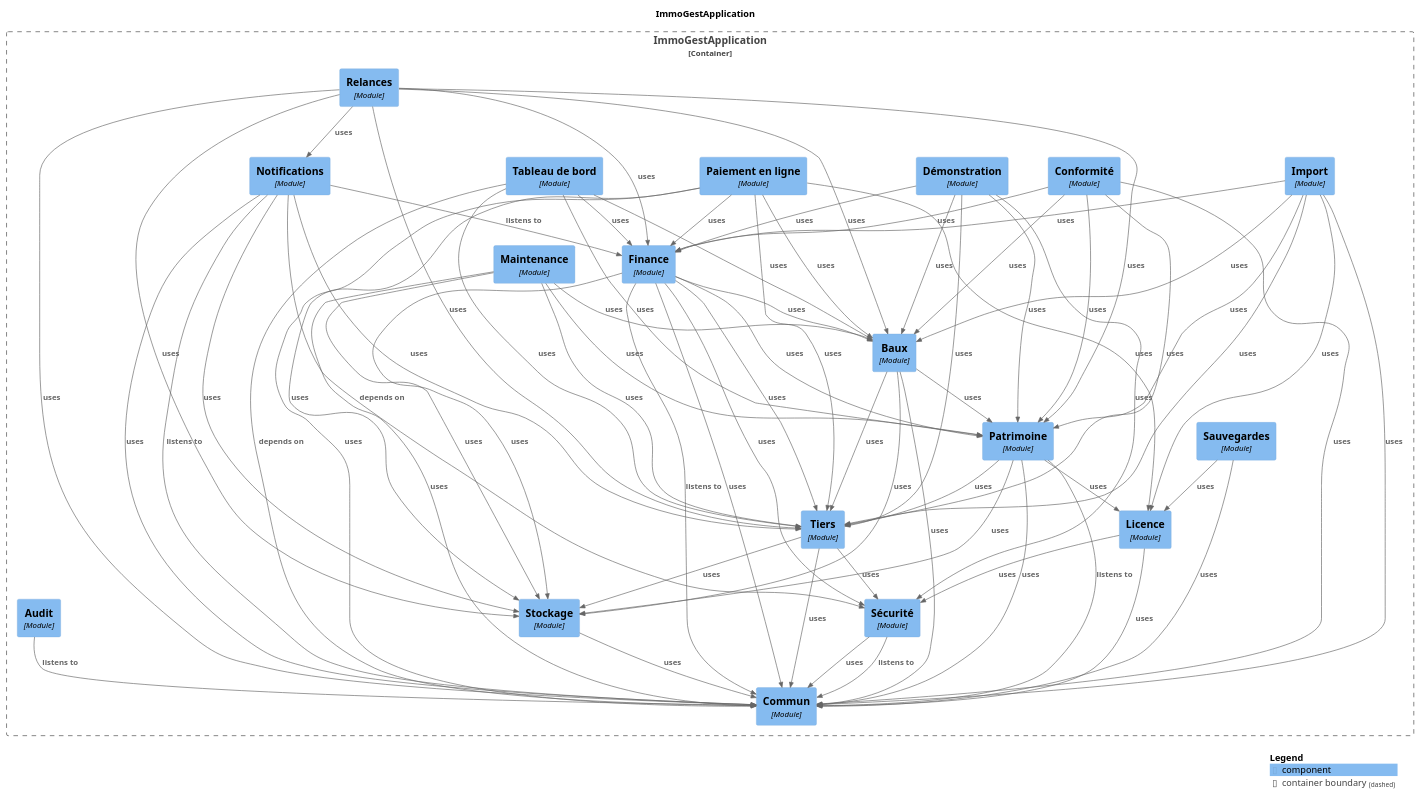
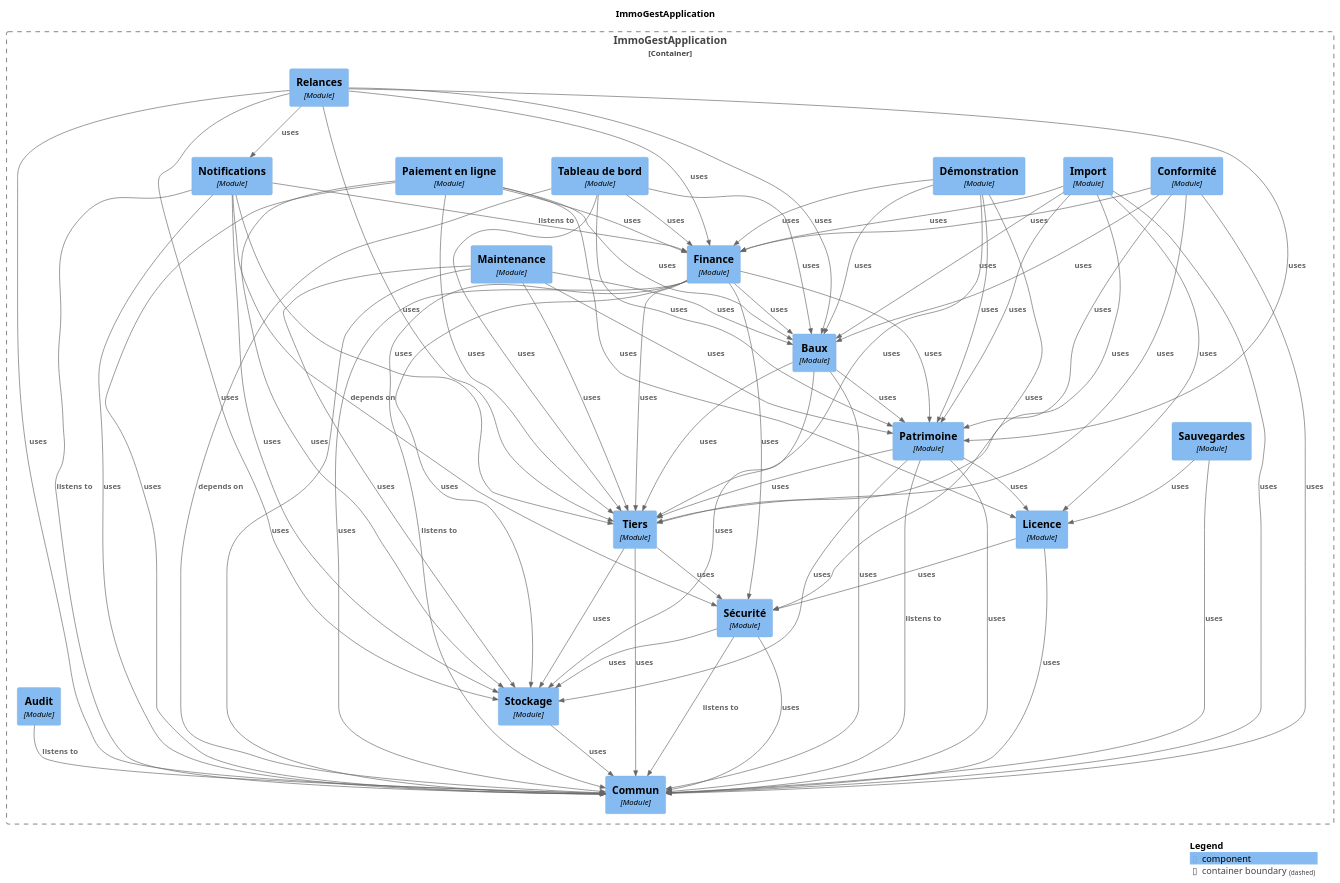
One commit to fixedevelloper/csimmo changed the diagram in docs/modules/components.puml. Above: the diagram before and after it, drawn with PlantUML. The commit also changed 91 other files, not shown here.

```diff
--- a/docs/modules/components.puml
+++ b/docs/modules/components.puml
@@ -22,23 +22,78 @@
   Component(ImmoGestApplication.ImmoGestApplication.Relances, "Relances", $techn="Module", $descr="", $tags="", $link="")
   Component(ImmoGestApplication.ImmoGestApplication.Commun, "Commun", $techn="Module", $descr="", $tags="", $link="")
   Component(ImmoGestApplication.ImmoGestApplication.Audit, "Audit", $techn="Module", $descr="", $tags="", $link="")
+  Component(ImmoGestApplication.ImmoGestApplication.Stockage, "Stockage", $techn="Module", $descr="", $tags="", $link="")
   Component(ImmoGestApplication.ImmoGestApplication.Sécurité, "Sécurité", $techn="Module", $descr="", $tags="", $link="")
-  Component(ImmoGestApplication.ImmoGestApplication.Stockage, "Stockage", $techn="Module", $descr="", $tags="", $link="")
   Component(ImmoGestApplication.ImmoGestApplication.Licence, "Licence", $techn="Module", $descr="", $tags="", $link="")
   Component(ImmoGestApplication.ImmoGestApplication.Tiers, "Tiers", $techn="Module", $descr="", $tags="", $link="")
   Component(ImmoGestApplication.ImmoGestApplication.Patrimoine, "Patrimoine", $techn="Module", $descr="", $tags="", $link="")
 }
 
+Rel(ImmoGestApplication.ImmoGestApplication.Sécurité, ImmoGestApplication.ImmoGestApplication.Commun, "uses", $techn="", $tags="", $link="")
+Rel(ImmoGestApplication.ImmoGestApplication.Sécurité, ImmoGestApplication.ImmoGestApplication.Stockage, "uses", $techn="", $tags="", $link="")
+Rel(ImmoGestApplication.ImmoGestApplication.Audit, ImmoGestApplication.ImmoGestApplication.Commun, "listens to", $techn="", $tags="", $link="")
+Rel(ImmoGestApplication.ImmoGestApplication.Tableaudebord, ImmoGestApplication.ImmoGestApplication.Commun, "depends on", $techn="", $tags="", $link="")
+Rel(ImmoGestApplication.ImmoGestApplication.Tableaudebord, ImmoGestApplication.ImmoGestApplication.Patrimoine, "uses", $techn="", $tags="", $link="")
+Rel(ImmoGestApplication.ImmoGestApplication.Tableaudebord, ImmoGestApplication.ImmoGestApplication.Baux, "uses", $techn="", $tags="", $link="")
+Rel(ImmoGestApplication.ImmoGestApplication.Tableaudebord, ImmoGestApplication.ImmoGestApplication.Tiers, "uses", $techn="", $tags="", $link="")
+Rel(ImmoGestApplication.ImmoGestApplication.Tableaudebord, ImmoGestApplication.ImmoGestApplication.Finance, "uses", $techn="", $tags="", $link="")
+Rel(ImmoGestApplication.ImmoGestApplication.Baux, ImmoGestApplication.ImmoGestApplication.Patrimoine, "uses", $techn="", $tags="", $link="")
+Rel(ImmoGestApplication.ImmoGestApplication.Baux, ImmoGestApplication.ImmoGestApplication.Tiers, "uses", $techn="", $tags="", $link="")
+Rel(ImmoGestApplication.ImmoGestApplication.Baux, ImmoGestApplication.ImmoGestApplication.Stockage, "uses", $techn="", $tags="", $link="")
+Rel(ImmoGestApplication.ImmoGestApplication.Baux, ImmoGestApplication.ImmoGestApplication.Commun, "uses", $techn="", $tags="", $link="")
+Rel(ImmoGestApplication.ImmoGestApplication.Paiementenligne, ImmoGestApplication.ImmoGestApplication.Finance, "uses", $techn="", $tags="", $link="")
+Rel(ImmoGestApplication.ImmoGestApplication.Paiementenligne, ImmoGestApplication.ImmoGestApplication.Baux, "uses", $techn="", $tags="", $link="")
+Rel(ImmoGestApplication.ImmoGestApplication.Paiementenligne, ImmoGestApplication.ImmoGestApplication.Tiers, "uses", $techn="", $tags="", $link="")
+Rel(ImmoGestApplication.ImmoGestApplication.Paiementenligne, ImmoGestApplication.ImmoGestApplication.Licence, "uses", $techn="", $tags="", $link="")
+Rel(ImmoGestApplication.ImmoGestApplication.Paiementenligne, ImmoGestApplication.ImmoGestApplication.Stockage, "uses", $techn="", $tags="", $link="")
+Rel(ImmoGestApplication.ImmoGestApplication.Paiementenligne, ImmoGestApplication.ImmoGestApplication.Commun, "uses", $techn="", $tags="", $link="")
+Rel(ImmoGestApplication.ImmoGestApplication.Stockage, ImmoGestApplication.ImmoGestApplication.Commun, "uses", $techn="", $tags="", $link="")
+Rel(ImmoGestApplication.ImmoGestApplication.Licence, ImmoGestApplication.ImmoGestApplication.Sécurité, "uses", $techn="", $tags="", $link="")
+Rel(ImmoGestApplication.ImmoGestApplication.Licence, ImmoGestApplication.ImmoGestApplication.Commun, "uses", $techn="", $tags="", $link="")
 Rel(ImmoGestApplication.ImmoGestApplication.Démonstration, ImmoGestApplication.ImmoGestApplication.Patrimoine, "uses", $techn="", $tags="", $link="")
 Rel(ImmoGestApplication.ImmoGestApplication.Démonstration, ImmoGestApplication.ImmoGestApplication.Tiers, "uses", $techn="", $tags="", $link="")
 Rel(ImmoGestApplication.ImmoGestApplication.Démonstration, ImmoGestApplication.ImmoGestApplication.Baux, "uses", $techn="", $tags="", $link="")
 Rel(ImmoGestApplication.ImmoGestApplication.Démonstration, ImmoGestApplication.ImmoGestApplication.Finance, "uses", $techn="", $tags="", $link="")
 Rel(ImmoGestApplication.ImmoGestApplication.Démonstration, ImmoGestApplication.ImmoGestApplication.Sécurité, "uses", $techn="", $tags="", $link="")
+Rel(ImmoGestApplication.ImmoGestApplication.Sauvegardes, ImmoGestApplication.ImmoGestApplication.Licence, "uses", $techn="", $tags="", $link="")
+Rel(ImmoGestApplication.ImmoGestApplication.Sauvegardes, ImmoGestApplication.ImmoGestApplication.Commun, "uses", $techn="", $tags="", $link="")
+Rel(ImmoGestApplication.ImmoGestApplication.Tiers, ImmoGestApplication.ImmoGestApplication.Stockage, "uses", $techn="", $tags="", $link="")
+Rel(ImmoGestApplication.ImmoGestApplication.Tiers, ImmoGestApplication.ImmoGestApplication.Commun, "uses", $techn="", $tags="", $link="")
+Rel(ImmoGestApplication.ImmoGestApplication.Tiers, ImmoGestApplication.ImmoGestApplication.Sécurité, "uses", $techn="", $tags="", $link="")
 Rel(ImmoGestApplication.ImmoGestApplication.Maintenance, ImmoGestApplication.ImmoGestApplication.Baux, "uses", $techn="", $tags="", $link="")
 Rel(ImmoGestApplication.ImmoGestApplication.Maintenance, ImmoGestApplication.ImmoGestApplication.Patrimoine, "uses", $techn="", $tags="", $link="")
 Rel(ImmoGestApplication.ImmoGestApplication.Maintenance, ImmoGestApplication.ImmoGestApplication.Tiers, "uses", $techn="", $tags="", $link="")
 Rel(ImmoGestApplication.ImmoGestApplication.Maintenance, ImmoGestApplication.ImmoGestApplication.Stockage, "uses", $techn="", $tags="", $link="")
 Rel(ImmoGestApplication.ImmoGestApplication.Maintenance, ImmoGestApplication.ImmoGestApplication.Commun, "uses", $techn="", $tags="", $link="")
+Rel(ImmoGestApplication.ImmoGestApplication.Notifications, ImmoGestApplication.ImmoGestApplication.Commun, "listens to", $techn="", $tags="", $link="")
+Rel(ImmoGestApplication.ImmoGestApplication.Notifications, ImmoGestApplication.ImmoGestApplication.Finance, "listens to", $techn="", $tags="", $link="")
+Rel(ImmoGestApplication.ImmoGestApplication.Notifications, ImmoGestApplication.ImmoGestApplication.Sécurité, "depends on", $techn="", $tags="", $link="")
+Rel(ImmoGestApplication.ImmoGestApplication.Notifications, ImmoGestApplication.ImmoGestApplication.Stockage, "uses", $techn="", $tags="", $link="")
+Rel(ImmoGestApplication.ImmoGestApplication.Notifications, ImmoGestApplication.ImmoGestApplication.Tiers, "uses", $techn="", $tags="", $link="")
+Rel(ImmoGestApplication.ImmoGestApplication.Notifications, ImmoGestApplication.ImmoGestApplication.Commun, "uses", $techn="", $tags="", $link="")
+Rel(ImmoGestApplication.ImmoGestApplication.Import, ImmoGestApplication.ImmoGestApplication.Patrimoine, "uses", $techn="", $tags="", $link="")
+Rel(ImmoGestApplication.ImmoGestApplication.Import, ImmoGestApplication.ImmoGestApplication.Tiers, "uses", $techn="", $tags="", $link="")
+Rel(ImmoGestApplication.ImmoGestApplication.Import, ImmoGestApplication.ImmoGestApplication.Baux, "uses", $techn="", $tags="", $link="")
+Rel(ImmoGestApplication.ImmoGestApplication.Import, ImmoGestApplication.ImmoGestApplication.Finance, "uses", $techn="", $tags="", $link="")
+Rel(ImmoGestApplication.ImmoGestApplication.Import, ImmoGestApplication.ImmoGestApplication.Licence, "uses", $techn="", $tags="", $link="")
+Rel(ImmoGestApplication.ImmoGestApplication.Import, ImmoGestApplication.ImmoGestApplication.Commun, "uses", $techn="", $tags="", $link="")
+Rel(ImmoGestApplication.ImmoGestApplication.Patrimoine, ImmoGestApplication.ImmoGestApplication.Commun, "listens to", $techn="", $tags="", $link="")
+Rel(ImmoGestApplication.ImmoGestApplication.Patrimoine, ImmoGestApplication.ImmoGestApplication.Licence, "uses", $techn="", $tags="", $link="")
+Rel(ImmoGestApplication.ImmoGestApplication.Patrimoine, ImmoGestApplication.ImmoGestApplication.Stockage, "uses", $techn="", $tags="", $link="")
+Rel(ImmoGestApplication.ImmoGestApplication.Patrimoine, ImmoGestApplication.ImmoGestApplication.Commun, "uses", $techn="", $tags="", $link="")
+Rel(ImmoGestApplication.ImmoGestApplication.Patrimoine, ImmoGestApplication.ImmoGestApplication.Tiers, "uses", $techn="", $tags="", $link="")
+Rel(ImmoGestApplication.ImmoGestApplication.Finance, ImmoGestApplication.ImmoGestApplication.Commun, "listens to", $techn="", $tags="", $link="")
+Rel(ImmoGestApplication.ImmoGestApplication.Finance, ImmoGestApplication.ImmoGestApplication.Patrimoine, "uses", $techn="", $tags="", $link="")
+Rel(ImmoGestApplication.ImmoGestApplication.Finance, ImmoGestApplication.ImmoGestApplication.Commun, "uses", $techn="", $tags="", $link="")
+Rel(ImmoGestApplication.ImmoGestApplication.Finance, ImmoGestApplication.ImmoGestApplication.Baux, "uses", $techn="", $tags="", $link="")
+Rel(ImmoGestApplication.ImmoGestApplication.Finance, ImmoGestApplication.ImmoGestApplication.Tiers, "uses", $techn="", $tags="", $link="")
+Rel(ImmoGestApplication.ImmoGestApplication.Finance, ImmoGestApplication.ImmoGestApplication.Stockage, "uses", $techn="", $tags="", $link="")
+Rel(ImmoGestApplication.ImmoGestApplication.Finance, ImmoGestApplication.ImmoGestApplication.Sécurité, "uses", $techn="", $tags="", $link="")
+Rel(ImmoGestApplication.ImmoGestApplication.Conformité, ImmoGestApplication.ImmoGestApplication.Tiers, "uses", $techn="", $tags="", $link="")
+Rel(ImmoGestApplication.ImmoGestApplication.Conformité, ImmoGestApplication.ImmoGestApplication.Baux, "uses", $techn="", $tags="", $link="")
+Rel(ImmoGestApplication.ImmoGestApplication.Conformité, ImmoGestApplication.ImmoGestApplication.Finance, "uses", $techn="", $tags="", $link="")
+Rel(ImmoGestApplication.ImmoGestApplication.Conformité, ImmoGestApplication.ImmoGestApplication.Patrimoine, "uses", $techn="", $tags="", $link="")
+Rel(ImmoGestApplication.ImmoGestApplication.Conformité, ImmoGestApplication.ImmoGestApplication.Commun, "uses", $techn="", $tags="", $link="")
 Rel(ImmoGestApplication.ImmoGestApplication.Relances, ImmoGestApplication.ImmoGestApplication.Finance, "uses", $techn="", $tags="", $link="")
 Rel(ImmoGestApplication.ImmoGestApplication.Relances, ImmoGestApplication.ImmoGestApplication.Baux, "uses", $techn="", $tags="", $link="")
 Rel(ImmoGestApplication.ImmoGestApplication.Relances, ImmoGestApplication.ImmoGestApplication.Patrimoine, "uses", $techn="", $tags="", $link="")
@@ -46,61 +101,7 @@
 Rel(ImmoGestApplication.ImmoGestApplication.Relances, ImmoGestApplication.ImmoGestApplication.Notifications, "uses", $techn="", $tags="", $link="")
 Rel(ImmoGestApplication.ImmoGestApplication.Relances, ImmoGestApplication.ImmoGestApplication.Stockage, "uses", $techn="", $tags="", $link="")
 Rel(ImmoGestApplication.ImmoGestApplication.Relances, ImmoGestApplication.ImmoGestApplication.Commun, "uses", $techn="", $tags="", $link="")
-Rel(ImmoGestApplication.ImmoGestApplication.Baux, ImmoGestApplication.ImmoGestApplication.Patrimoine, "uses", $techn="", $tags="", $link="")
-Rel(ImmoGestApplication.ImmoGestApplication.Baux, ImmoGestApplication.ImmoGestApplication.Tiers, "uses", $techn="", $tags="", $link="")
-Rel(ImmoGestApplication.ImmoGestApplication.Baux, ImmoGestApplication.ImmoGestApplication.Stockage, "uses", $techn="", $tags="", $link="")
-Rel(ImmoGestApplication.ImmoGestApplication.Baux, ImmoGestApplication.ImmoGestApplication.Commun, "uses", $techn="", $tags="", $link="")
-Rel(ImmoGestApplication.ImmoGestApplication.Stockage, ImmoGestApplication.ImmoGestApplication.Commun, "uses", $techn="", $tags="", $link="")
-Rel(ImmoGestApplication.ImmoGestApplication.Conformité, ImmoGestApplication.ImmoGestApplication.Tiers, "uses", $techn="", $tags="", $link="")
-Rel(ImmoGestApplication.ImmoGestApplication.Conformité, ImmoGestApplication.ImmoGestApplication.Baux, "uses", $techn="", $tags="", $link="")
-Rel(ImmoGestApplication.ImmoGestApplication.Conformité, ImmoGestApplication.ImmoGestApplication.Finance, "uses", $techn="", $tags="", $link="")
-Rel(ImmoGestApplication.ImmoGestApplication.Conformité, ImmoGestApplication.ImmoGestApplication.Patrimoine, "uses", $techn="", $tags="", $link="")
-Rel(ImmoGestApplication.ImmoGestApplication.Conformité, ImmoGestApplication.ImmoGestApplication.Commun, "uses", $techn="", $tags="", $link="")
-Rel(ImmoGestApplication.ImmoGestApplication.Tableaudebord, ImmoGestApplication.ImmoGestApplication.Commun, "depends on", $techn="", $tags="", $link="")
-Rel(ImmoGestApplication.ImmoGestApplication.Tableaudebord, ImmoGestApplication.ImmoGestApplication.Patrimoine, "uses", $techn="", $tags="", $link="")
-Rel(ImmoGestApplication.ImmoGestApplication.Tableaudebord, ImmoGestApplication.ImmoGestApplication.Baux, "uses", $techn="", $tags="", $link="")
-Rel(ImmoGestApplication.ImmoGestApplication.Tableaudebord, ImmoGestApplication.ImmoGestApplication.Tiers, "uses", $techn="", $tags="", $link="")
-Rel(ImmoGestApplication.ImmoGestApplication.Tableaudebord, ImmoGestApplication.ImmoGestApplication.Finance, "uses", $techn="", $tags="", $link="")
-Rel(ImmoGestApplication.ImmoGestApplication.Licence, ImmoGestApplication.ImmoGestApplication.Sécurité, "uses", $techn="", $tags="", $link="")
-Rel(ImmoGestApplication.ImmoGestApplication.Licence, ImmoGestApplication.ImmoGestApplication.Commun, "uses", $techn="", $tags="", $link="")
-Rel(ImmoGestApplication.ImmoGestApplication.Patrimoine, ImmoGestApplication.ImmoGestApplication.Commun, "listens to", $techn="", $tags="", $link="")
-Rel(ImmoGestApplication.ImmoGestApplication.Patrimoine, ImmoGestApplication.ImmoGestApplication.Licence, "uses", $techn="", $tags="", $link="")
-Rel(ImmoGestApplication.ImmoGestApplication.Patrimoine, ImmoGestApplication.ImmoGestApplication.Stockage, "uses", $techn="", $tags="", $link="")
-Rel(ImmoGestApplication.ImmoGestApplication.Patrimoine, ImmoGestApplication.ImmoGestApplication.Commun, "uses", $techn="", $tags="", $link="")
-Rel(ImmoGestApplication.ImmoGestApplication.Patrimoine, ImmoGestApplication.ImmoGestApplication.Tiers, "uses", $techn="", $tags="", $link="")
-Rel(ImmoGestApplication.ImmoGestApplication.Import, ImmoGestApplication.ImmoGestApplication.Patrimoine, "uses", $techn="", $tags="", $link="")
-Rel(ImmoGestApplication.ImmoGestApplication.Import, ImmoGestApplication.ImmoGestApplication.Tiers, "uses", $techn="", $tags="", $link="")
-Rel(ImmoGestApplication.ImmoGestApplication.Import, ImmoGestApplication.ImmoGestApplication.Baux, "uses", $techn="", $tags="", $link="")
-Rel(ImmoGestApplication.ImmoGestApplication.Import, ImmoGestApplication.ImmoGestApplication.Finance, "uses", $techn="", $tags="", $link="")
-Rel(ImmoGestApplication.ImmoGestApplication.Import, ImmoGestApplication.ImmoGestApplication.Licence, "uses", $techn="", $tags="", $link="")
-Rel(ImmoGestApplication.ImmoGestApplication.Import, ImmoGestApplication.ImmoGestApplication.Commun, "uses", $techn="", $tags="", $link="")
-Rel(ImmoGestApplication.ImmoGestApplication.Paiementenligne, ImmoGestApplication.ImmoGestApplication.Finance, "uses", $techn="", $tags="", $link="")
-Rel(ImmoGestApplication.ImmoGestApplication.Paiementenligne, ImmoGestApplication.ImmoGestApplication.Baux, "uses", $techn="", $tags="", $link="")
-Rel(ImmoGestApplication.ImmoGestApplication.Paiementenligne, ImmoGestApplication.ImmoGestApplication.Tiers, "uses", $techn="", $tags="", $link="")
-Rel(ImmoGestApplication.ImmoGestApplication.Paiementenligne, ImmoGestApplication.ImmoGestApplication.Licence, "uses", $techn="", $tags="", $link="")
-Rel(ImmoGestApplication.ImmoGestApplication.Paiementenligne, ImmoGestApplication.ImmoGestApplication.Stockage, "uses", $techn="", $tags="", $link="")
-Rel(ImmoGestApplication.ImmoGestApplication.Paiementenligne, ImmoGestApplication.ImmoGestApplication.Commun, "uses", $techn="", $tags="", $link="")
-Rel(ImmoGestApplication.ImmoGestApplication.Tiers, ImmoGestApplication.ImmoGestApplication.Stockage, "uses", $techn="", $tags="", $link="")
-Rel(ImmoGestApplication.ImmoGestApplication.Tiers, ImmoGestApplication.ImmoGestApplication.Commun, "uses", $techn="", $tags="", $link="")
-Rel(ImmoGestApplication.ImmoGestApplication.Tiers, ImmoGestApplication.ImmoGestApplication.Sécurité, "uses", $techn="", $tags="", $link="")
-Rel(ImmoGestApplication.ImmoGestApplication.Audit, ImmoGestApplication.ImmoGestApplication.Commun, "listens to", $techn="", $tags="", $link="")
-Rel(ImmoGestApplication.ImmoGestApplication.Sauvegardes, ImmoGestApplication.ImmoGestApplication.Licence, "uses", $techn="", $tags="", $link="")
-Rel(ImmoGestApplication.ImmoGestApplication.Sauvegardes, ImmoGestApplication.ImmoGestApplication.Commun, "uses", $techn="", $tags="", $link="")
-Rel(ImmoGestApplication.ImmoGestApplication.Finance, ImmoGestApplication.ImmoGestApplication.Commun, "listens to", $techn="", $tags="", $link="")
-Rel(ImmoGestApplication.ImmoGestApplication.Finance, ImmoGestApplication.ImmoGestApplication.Patrimoine, "uses", $techn="", $tags="", $link="")
-Rel(ImmoGestApplication.ImmoGestApplication.Finance, ImmoGestApplication.ImmoGestApplication.Commun, "uses", $techn="", $tags="", $link="")
-Rel(ImmoGestApplication.ImmoGestApplication.Finance, ImmoGestApplication.ImmoGestApplication.Baux, "uses", $techn="", $tags="", $link="")
-Rel(ImmoGestApplication.ImmoGestApplication.Finance, ImmoGestApplication.ImmoGestApplication.Tiers, "uses", $techn="", $tags="", $link="")
-Rel(ImmoGestApplication.ImmoGestApplication.Finance, ImmoGestApplication.ImmoGestApplication.Stockage, "uses", $techn="", $tags="", $link="")
-Rel(ImmoGestApplication.ImmoGestApplication.Finance, ImmoGestApplication.ImmoGestApplication.Sécurité, "uses", $techn="", $tags="", $link="")
-Rel(ImmoGestApplication.ImmoGestApplication.Notifications, ImmoGestApplication.ImmoGestApplication.Commun, "listens to", $techn="", $tags="", $link="")
-Rel(ImmoGestApplication.ImmoGestApplication.Notifications, ImmoGestApplication.ImmoGestApplication.Finance, "listens to", $techn="", $tags="", $link="")
-Rel(ImmoGestApplication.ImmoGestApplication.Notifications, ImmoGestApplication.ImmoGestApplication.Sécurité, "depends on", $techn="", $tags="", $link="")
-Rel(ImmoGestApplication.ImmoGestApplication.Notifications, ImmoGestApplication.ImmoGestApplication.Stockage, "uses", $techn="", $tags="", $link="")
-Rel(ImmoGestApplication.ImmoGestApplication.Notifications, ImmoGestApplication.ImmoGestApplication.Tiers, "uses", $techn="", $tags="", $link="")
-Rel(ImmoGestApplication.ImmoGestApplication.Notifications, ImmoGestApplication.ImmoGestApplication.Commun, "uses", $techn="", $tags="", $link="")
 Rel(ImmoGestApplication.ImmoGestApplication.Sécurité, ImmoGestApplication.ImmoGestApplication.Commun, "listens to", $techn="", $tags="", $link="")
-Rel(ImmoGestApplication.ImmoGestApplication.Sécurité, ImmoGestApplication.ImmoGestApplication.Commun, "uses", $techn="", $tags="", $link="")
 
 SHOW_LEGEND(true)
 @enduml
```
